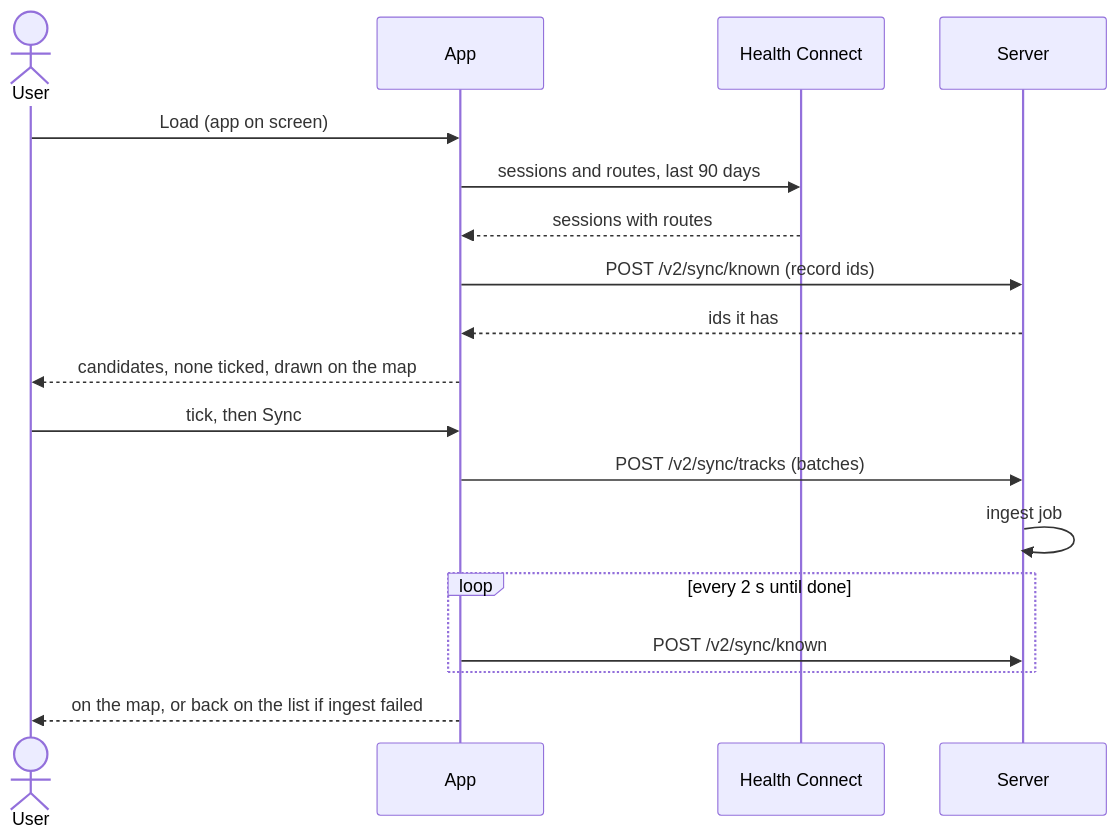
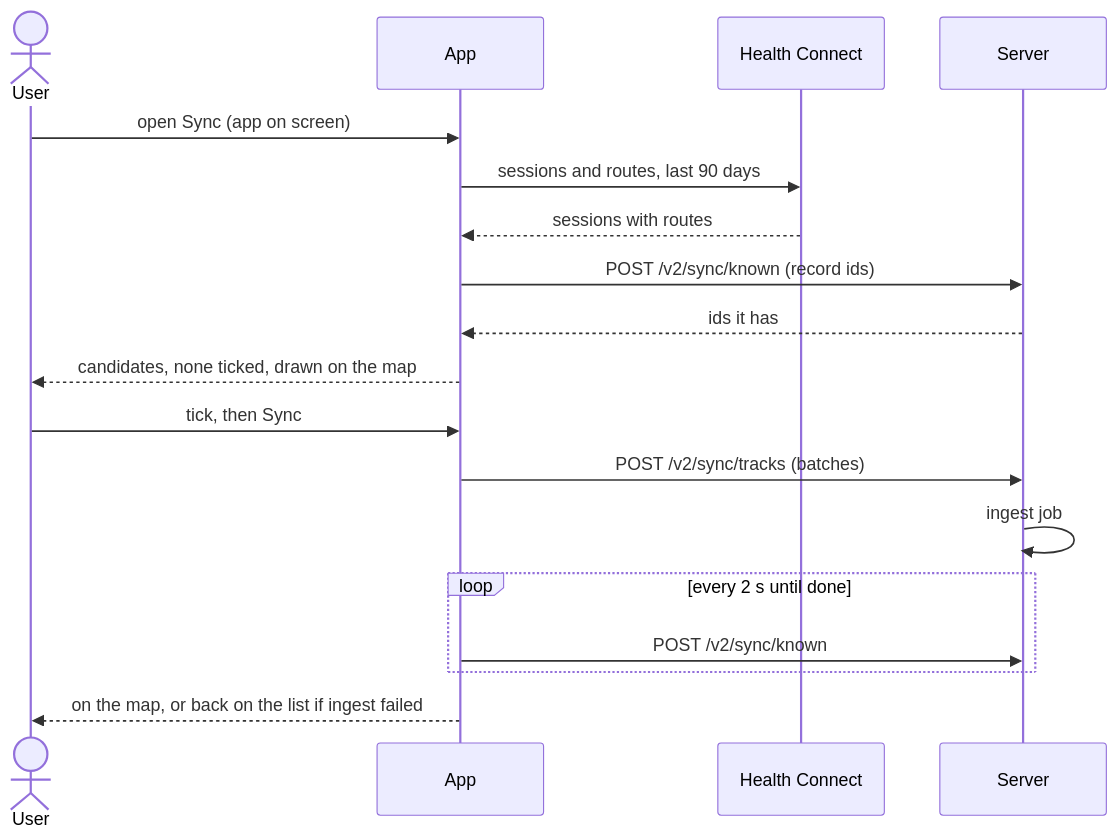
The first of 2 diagrams in apps/android/docs/SPEC.md (HoldMyTrack/platform), drawn with Mermaid before and after one commit. The commit also changed other lines of this file and 12 other files, not shown here.

Commit message:
android: docs and flows for Library as a tab and Sync under You

````diff
--- a/apps/android/docs/SPEC.md
+++ b/apps/android/docs/SPEC.md
@@ -224,20 +224,20 @@
 ```mermaid
 sequenceDiagram
     actor U as User
     participant A as App
     participant HC as Health Connect
     participant S as Server
-    U->>A: Load (app on screen)
+    U->>A: open Sync (app on screen)
     A->>HC: sessions and routes, last 90 days
     HC-->>A: sessions with routes
     A->>S: POST /v2/sync/known (record ids)
     S-->>A: ids it has
     A-->>U: candidates, none ticked, drawn on the map
     U->>A: tick, then Sync
     A->>S: POST /v2/sync/tracks (batches)
     S->>S: ingest job
     loop every 2 s until done
         A->>S: POST /v2/sync/known
     end
     A-->>U: on the map, or back on the list if ingest failed
 ```
````
